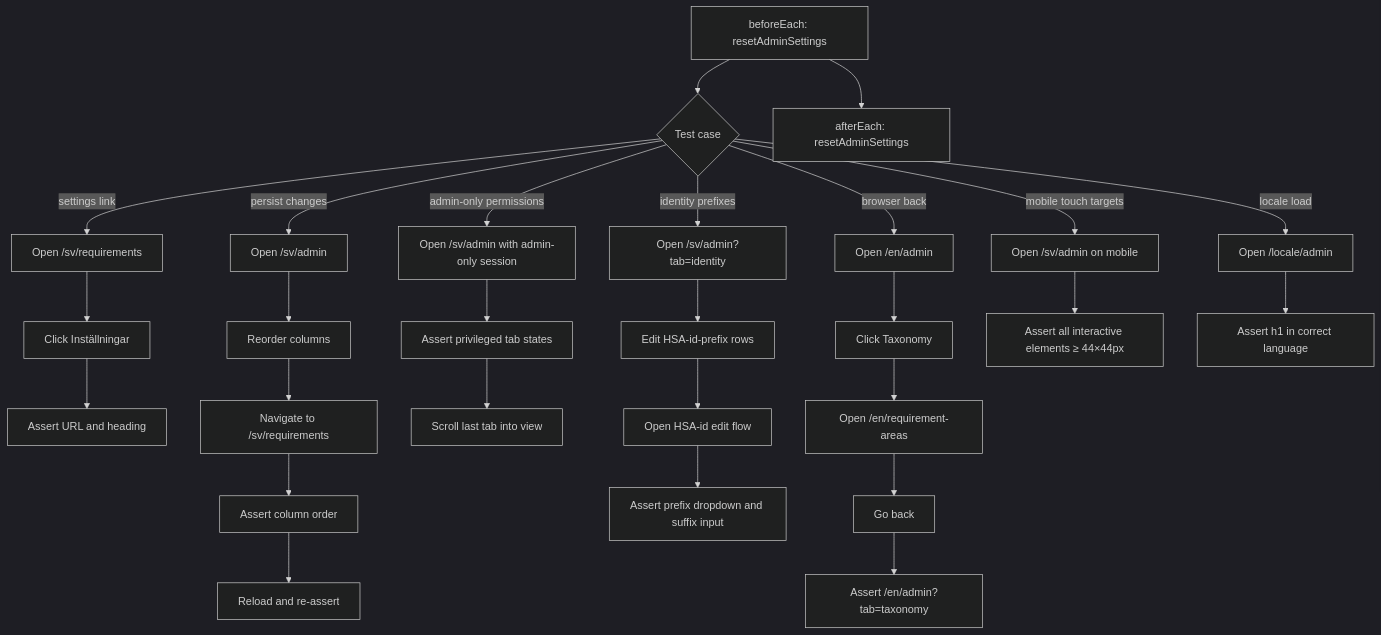
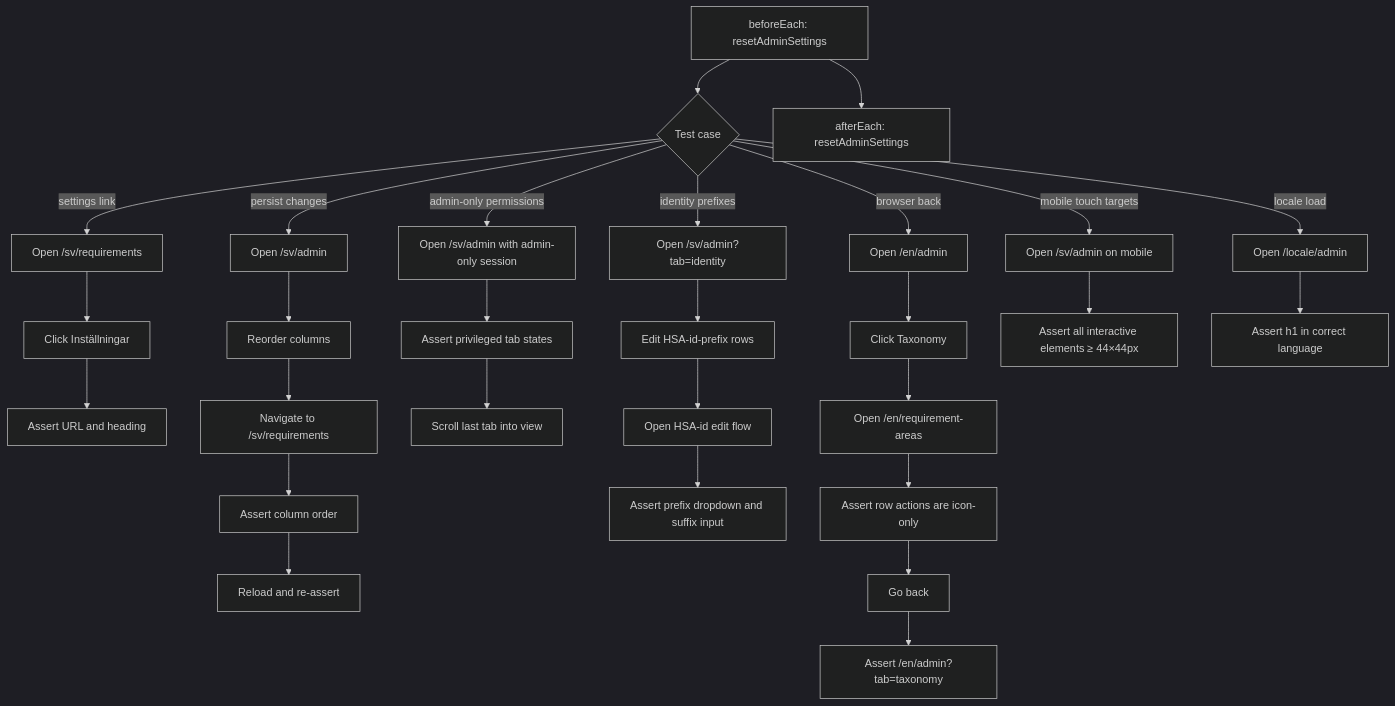
One commit to viscalyx/Kravhantering changed the first of 9 diagrams in tests/integration/admin-entrypoint.md. Above: the diagram before and after it, drawn with Mermaid (dark theme). The commit also changed other lines of this file and 247 other files, not shown here.

````diff
--- a/tests/integration/admin-entrypoint.md
+++ b/tests/integration/admin-entrypoint.md
@@ -26,29 +26,30 @@
 ```mermaid
 flowchart TD
     A[beforeEach: resetAdminSettings] --> B{Test case}
     B -- settings link --> C[Open /sv/requirements]
     C --> D[Click Inställningar]
     D --> E[Assert URL and heading]
     B -- persist changes --> F[Open /sv/admin]
     F --> H[Reorder columns]
     H --> I[Navigate to /sv/requirements]
     I --> K[Assert column order]
     K --> L[Reload and re-assert]
     B -- admin-only permissions --> AA[Open /sv/admin with admin-only session]
     AA --> AB[Assert privileged tab states]
     AB --> AC[Scroll last tab into view]
     B -- identity prefixes --> W[Open /sv/admin?tab=identity]
     W --> X[Edit HSA-id-prefix rows]
     X --> Y[Open HSA-id edit flow]
     Y --> Z[Assert prefix dropdown and suffix input]
     B -- browser back --> M[Open /en/admin]
     M --> N[Click Taxonomy]
     N --> O[Open /en/requirement-areas]
-    O --> P[Go back]
+    O --> O1[Assert row actions are icon-only]
+    O1 --> P[Go back]
     P --> Q[Assert /en/admin?tab=taxonomy]
     B -- mobile touch targets --> R[Open /sv/admin on mobile]
     R --> S[Assert all interactive elements ≥ 44×44px]
     B -- locale load --> T[Open /locale/admin]
     T --> U[Assert h1 in correct language]
     A --> V[afterEach: resetAdminSettings]
 ```
````
